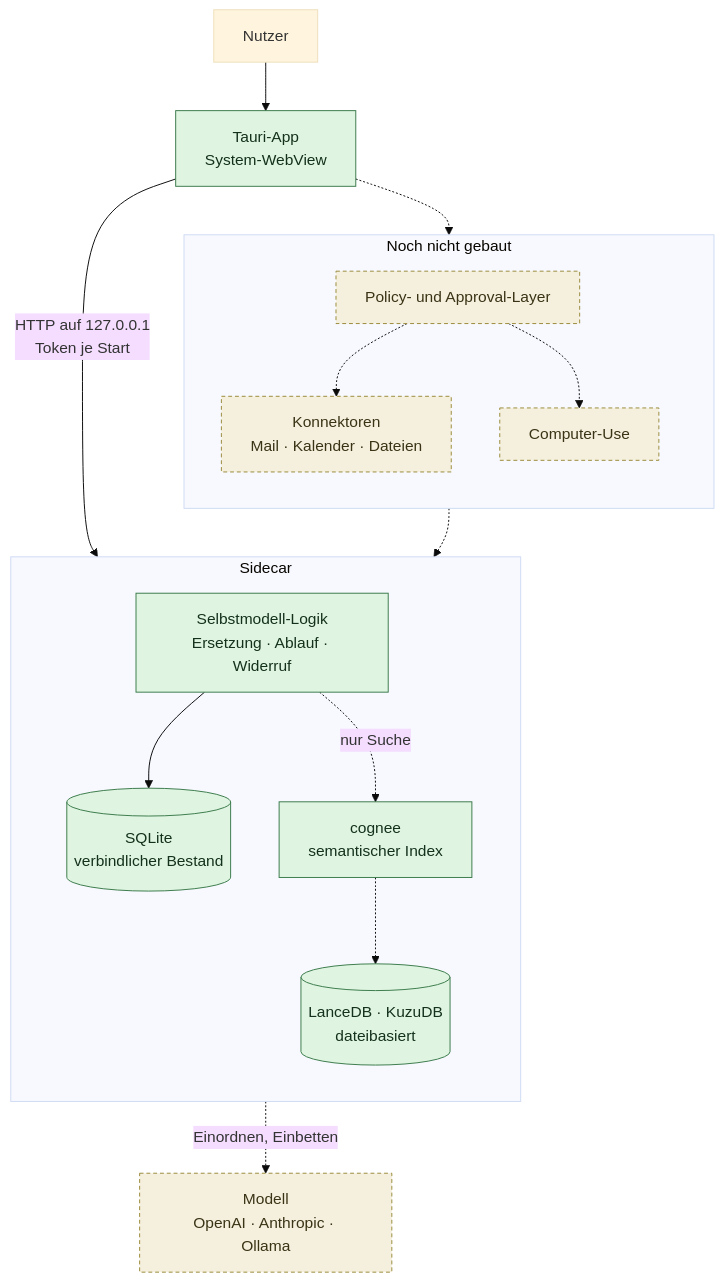
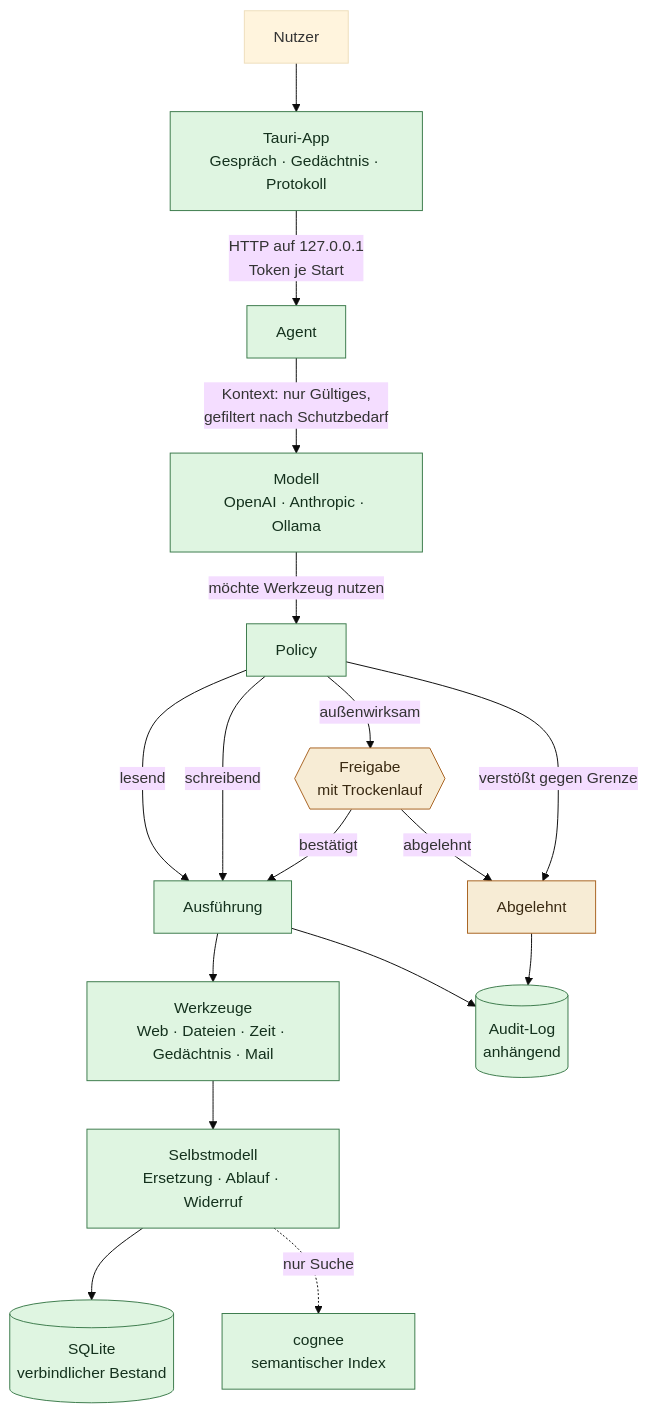
Before and after one commit to Icarus-health/Icarus: the diagram in docs/01-architektur.md, drawn with Mermaid (base theme). The commit also changed other lines of this file and 14 other files, not shown here.

First line of the commit message:
Assistent, Freigabe-Layer und Werkzeuge: alle vier Säulen tragen

````diff
--- a/docs/01-architektur.md
+++ b/docs/01-architektur.md
@@ -24,33 +24,28 @@
 ```mermaid
 flowchart TD
-    U[Nutzer] --> UI[Tauri-App<br/>System-WebView]
+    U[Nutzer] --> UI["Tauri-App<br/>Gespräch · Gedächtnis · Protokoll"]
+    UI -->|"HTTP auf 127.0.0.1<br/>Token je Start"| AG[Agent]
 
-    UI -->|"HTTP auf 127.0.0.1<br/>Token je Start"| SC[Python-Sidecar]
+    AG -->|"Kontext: nur Gültiges,<br/>gefiltert nach Schutzbedarf"| MODEL["Modell<br/>OpenAI · Anthropic · Ollama"]
+    MODEL -->|"möchte Werkzeug nutzen"| POL[Policy]
 
-    subgraph SC [Sidecar]
-        direction TB
-        LOGIC[Selbstmodell-Logik<br/>Ersetzung · Ablauf · Widerruf]
-        LOGIC --> SQL[(SQLite<br/>verbindlicher Bestand)]
-        LOGIC -.->|nur Suche| COG[cognee<br/>semantischer Index]
-        COG -.-> FILES[(LanceDB · KuzuDB<br/>dateibasiert)]
-    end
+    POL -->|"lesend"| RUN[Ausführung]
+    POL -->|"schreibend"| RUN
+    POL -->|"außenwirksam"| ASK{{"Freigabe<br/>mit Trockenlauf"}}
+    POL -->|"verstößt gegen Grenze"| NO[Abgelehnt]
+    ASK -->|"bestätigt"| RUN
+    ASK -->|"abgelehnt"| NO
 
-    COG -.->|Einordnen, Einbetten| LLM[Modell<br/>OpenAI · Anthropic · Ollama]
+    RUN --> TOOLS["Werkzeuge<br/>Web · Dateien · Zeit · Gedächtnis · Mail"]
+    RUN --> LOG[(Audit-Log<br/>anhängend)]
+    NO --> LOG
 
-    subgraph offen [Noch nicht gebaut]
-        direction TB
-        POL[Policy- und Approval-Layer]
-        CONN[Konnektoren<br/>Mail · Kalender · Dateien]
-        ACT[Computer-Use]
-    end
-
-    UI -.-> POL
-    POL -.-> CONN
-    POL -.-> ACT
-    CONN -.-> LOGIC
+    TOOLS --> LOGIC["Selbstmodell<br/>Ersetzung · Ablauf · Widerruf"]
+    LOGIC --> SQL[(SQLite<br/>verbindlicher Bestand)]
+    LOGIC -.->|nur Suche| COG["cognee<br/>semantischer Index"]
 
     classDef gebaut fill:#dff5e1,stroke:#3b7a4b,color:#14311d
-    classDef fehlt fill:#f5f0dd,stroke:#9a8b3b,color:#3a3316,stroke-dasharray:4 3
-    class UI,LOGIC,SQL,COG,FILES gebaut
-    class POL,CONN,ACT,LLM fehlt
+    classDef tor fill:#f7ecd5,stroke:#a8621f,color:#3a2a12
+    class UI,AG,POL,RUN,TOOLS,LOG,LOGIC,SQL,COG,MODEL gebaut
+    class ASK,NO tor
 ```
````
